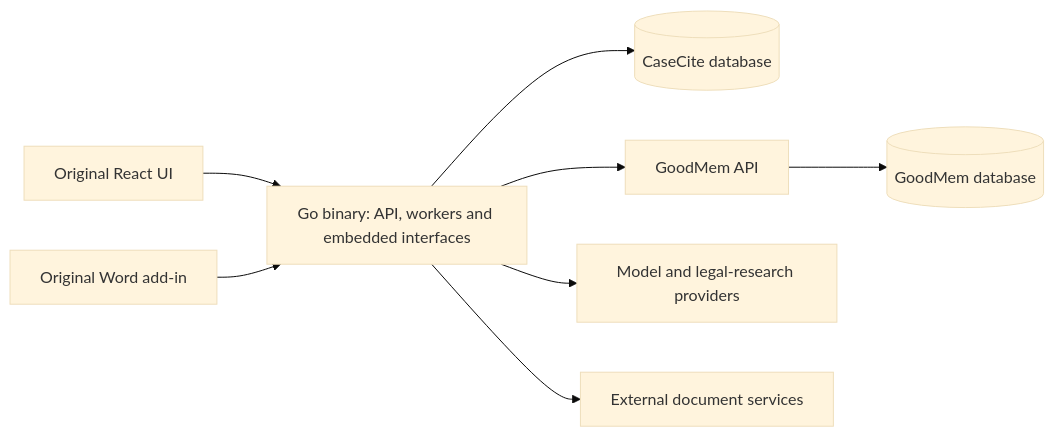
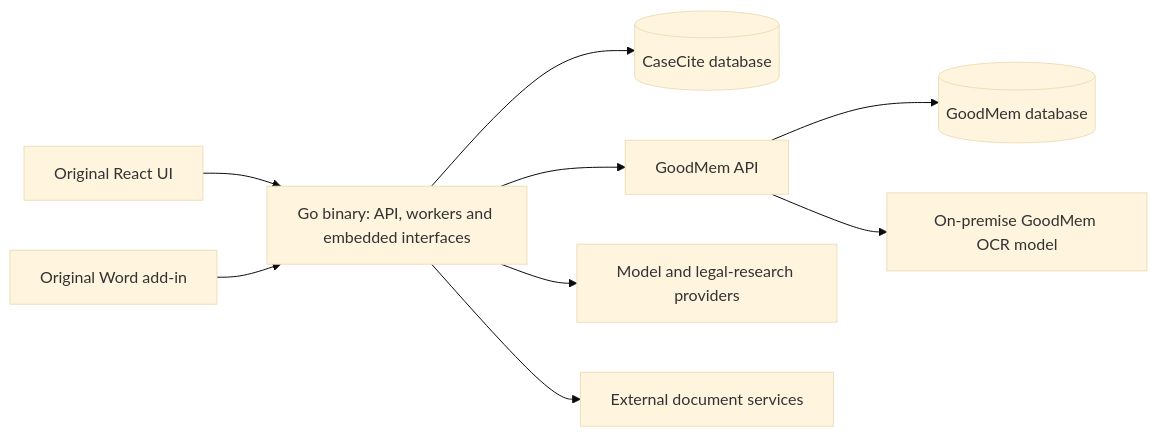
The diagram in docs/migration.md (PAIR-Systems-Inc/casecite-goodmem), drawn with Mermaid (base theme) before and after one commit. The commit also changed other lines of this file and 48 other files, not shown here.

Commit message:
Use on-premise GoodMem OCR for scanned document ingestion and review

````diff
--- a/docs/migration.md
+++ b/docs/migration.md
@@ -44,10 +46,11 @@
 ```mermaid
 flowchart LR
   Browser[Original React UI] --> App[Go binary: API, workers and embedded interfaces]
   Word[Original Word add-in] --> App
   App --> CC[(CaseCite database)]
   App --> GM[GoodMem API]
   GM --> GDB[(GoodMem database)]
+  GM --> OCR[On-premise GoodMem OCR model]
   App --> Providers[Model and legal-research providers]
   App --> Connectors[External document services]
 ```
````
